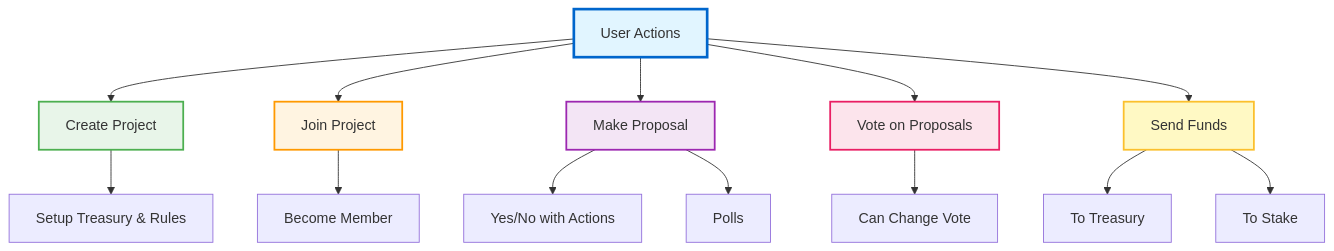
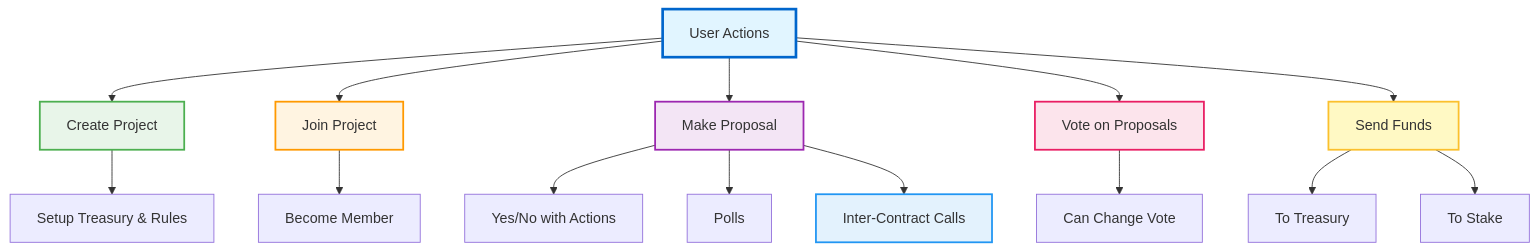
The second of 4 diagrams in readme.md (tibfox/okinoko_dao), drawn with Mermaid before and after one commit. The commit also changed other lines of this file and 4 other files, not shown here.

````diff
--- a/readme.md
+++ b/readme.md
@@ -34,24 +34,26 @@
 ```mermaid
 graph TD
     User[User Actions]
     User --> Create[Create Project]
     User --> Join[Join Project]
     User --> Propose[Make Proposal]
     User --> Vote[Vote on Proposals]
     User --> Fund[Send Funds]
 
     Create --> Treasury[Setup Treasury & Rules]
     Join --> Member[Become Member]
     Propose --> YesNo[Yes/No with Actions]
     Propose --> Poll[Polls]
+    Propose --> ICC[Inter-Contract Calls]
     Vote --> Change[Can Change Vote]
     Fund --> ToTreasury[To Treasury]
     Fund --> ToStake[To Stake]
 
     style User fill:#e1f5ff,stroke:#0066cc,stroke-width:3px
     style Create fill:#e8f5e9,stroke:#4caf50,stroke-width:2px
     style Join fill:#fff4e1,stroke:#ff9900,stroke-width:2px
     style Propose fill:#f3e5f5,stroke:#9c27b0,stroke-width:2px
     style Vote fill:#fce4ec,stroke:#e91e63,stroke-width:2px
     style Fund fill:#fff9c4,stroke:#fbc02d,stroke-width:2px
+    style ICC fill:#e3f2fd,stroke:#2196f3,stroke-width:2px
 ```
````
